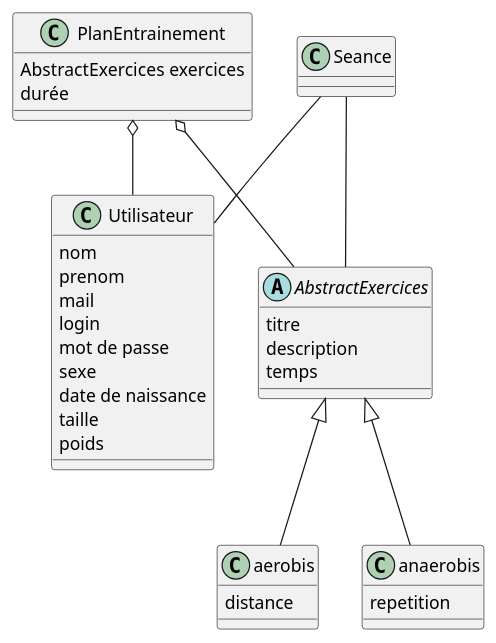
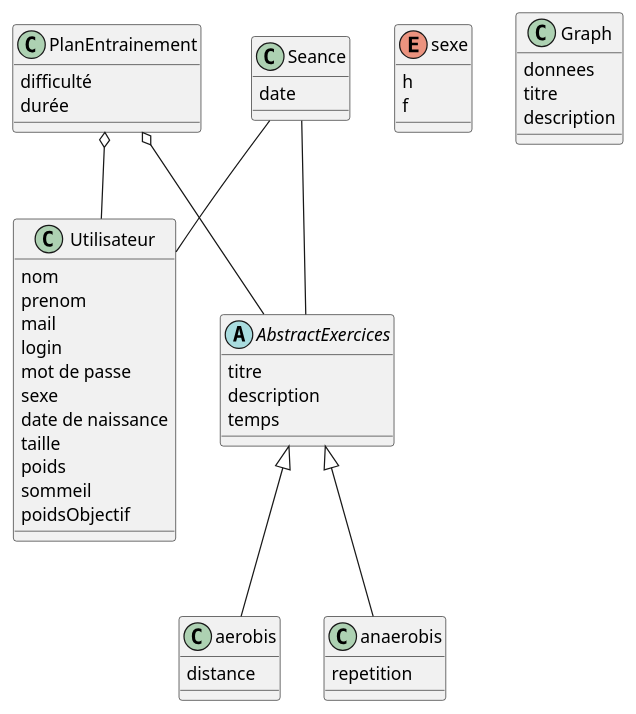
The diagram in diagClassItell.puml (ProjetM1S2/ApplicationMusculation), drawn with PlantUML before and after one commit. The commit also changed 1 other file, not shown here.

Commit message:
correction du diagramme

```diff
--- a/diagClassItell.puml
+++ b/diagClassItell.puml
@@ -1,48 +1,64 @@
 @startuml
+
+
 
 
 class Utilisateur{
 nom
 prenom
 mail
 login
 mot de passe
 sexe
 date de naissance
 taille
 poids
+sommeil
+poidsObjectif
 }
 
 class PlanEntrainement {
-AbstractExercices exercices
+difficulté
 durée
 }
 
 abstract class AbstractExercices {
 titre
 description
 temps
 }
 
+enum sexe{
+h
+f
+}
 
 class aerobis{
 distance
 }
 
 class anaerobis{
 repetition
 }
 
 class Seance{
+date
+}
+
+class Graph{
+
+donnees
+titre
+description
 }
 
 Seance -- AbstractExercices
 Seance -- Utilisateur
 
 AbstractExercices <|--  aerobis
 AbstractExercices <|--  anaerobis
 
 PlanEntrainement o-- Utilisateur
 PlanEntrainement o-- AbstractExercices
 
 @enduml
```
